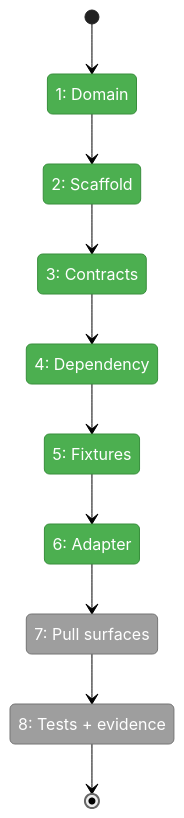
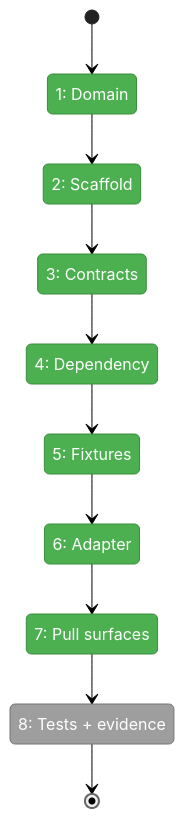
One commit to vaughanknight/pij changed the first of 2 diagrams in docs/plans/007-options-for-pi-extensions-that-do-subagents/tasks/phase-1-minih-inventory-artifact-adapter/tasks.fltplan.md. Above: the diagram before and after it, drawn with Mermaid (neutral theme). The commit also changed other lines of this file and 5 other files, not shown here.

````diff
--- a/docs/plans/007-options-for-pi-extensions-that-do-subagents/tasks/phase-1-minih-inventory-artifact-adapter/tasks.fltplan.md
+++ b/docs/plans/007-options-for-pi-extensions-that-do-subagents/tasks/phase-1-minih-inventory-artifact-adapter/tasks.fltplan.md
@@ -42,29 +42,29 @@
 ```mermaid
 stateDiagram-v2
     classDef pending fill:#9E9E9E,stroke:#757575,color:#fff
     classDef active fill:#FFC107,stroke:#FFA000,color:#000
     classDef done fill:#4CAF50,stroke:#388E3C,color:#fff
     classDef blocked fill:#F44336,stroke:#D32F2F,color:#fff
 
     state "1: Domain" as S1
     state "2: Scaffold" as S2
     state "3: Contracts" as S3
     state "4: Dependency" as S4
     state "5: Fixtures" as S5
     state "6: Adapter" as S6
     state "7: Pull surfaces" as S7
     state "8: Tests + evidence" as S8
 
     [*] --> S1
     S1 --> S2
     S2 --> S3
     S3 --> S4
     S4 --> S5
     S5 --> S6
     S6 --> S7
     S7 --> S8
     S8 --> [*]
 
-    class S1,S2,S3,S4,S5,S6 done
-    class S7,S8 pending
+    class S1,S2,S3,S4,S5,S6,S7 done
+    class S8 pending
 ```
````
